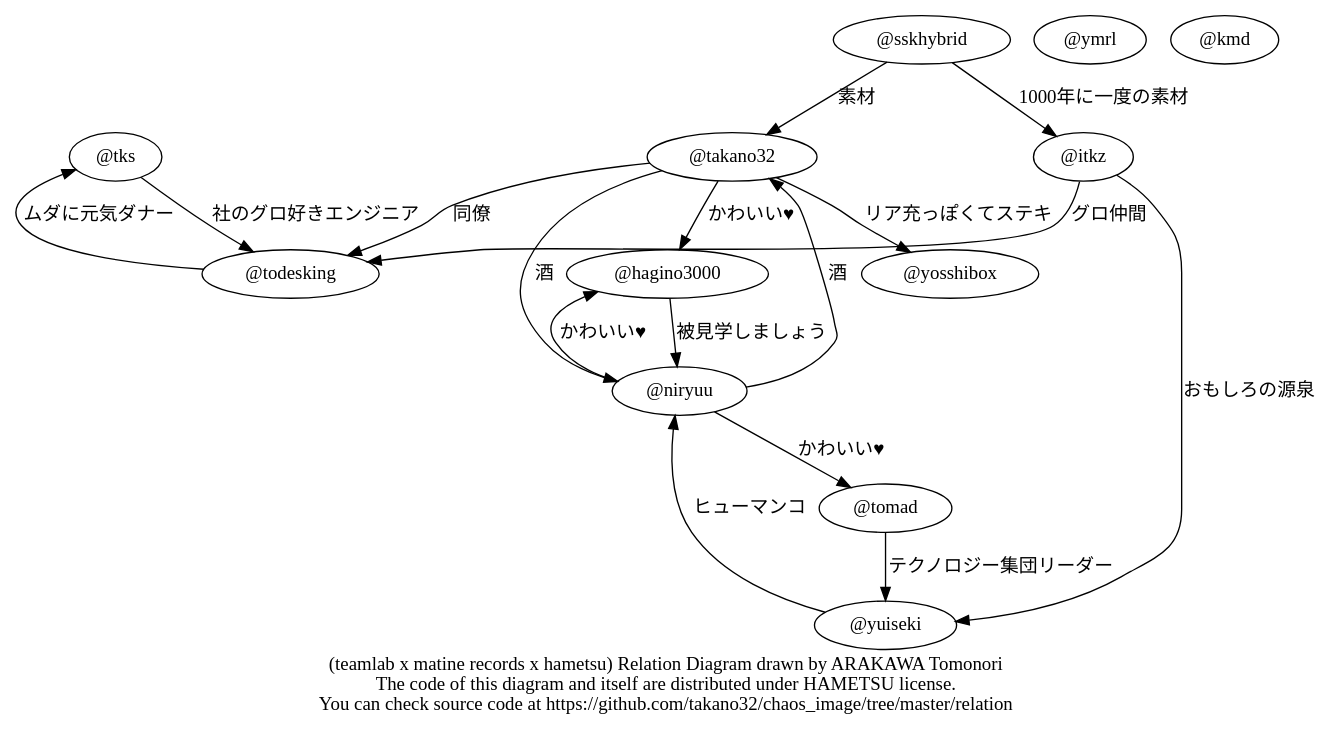
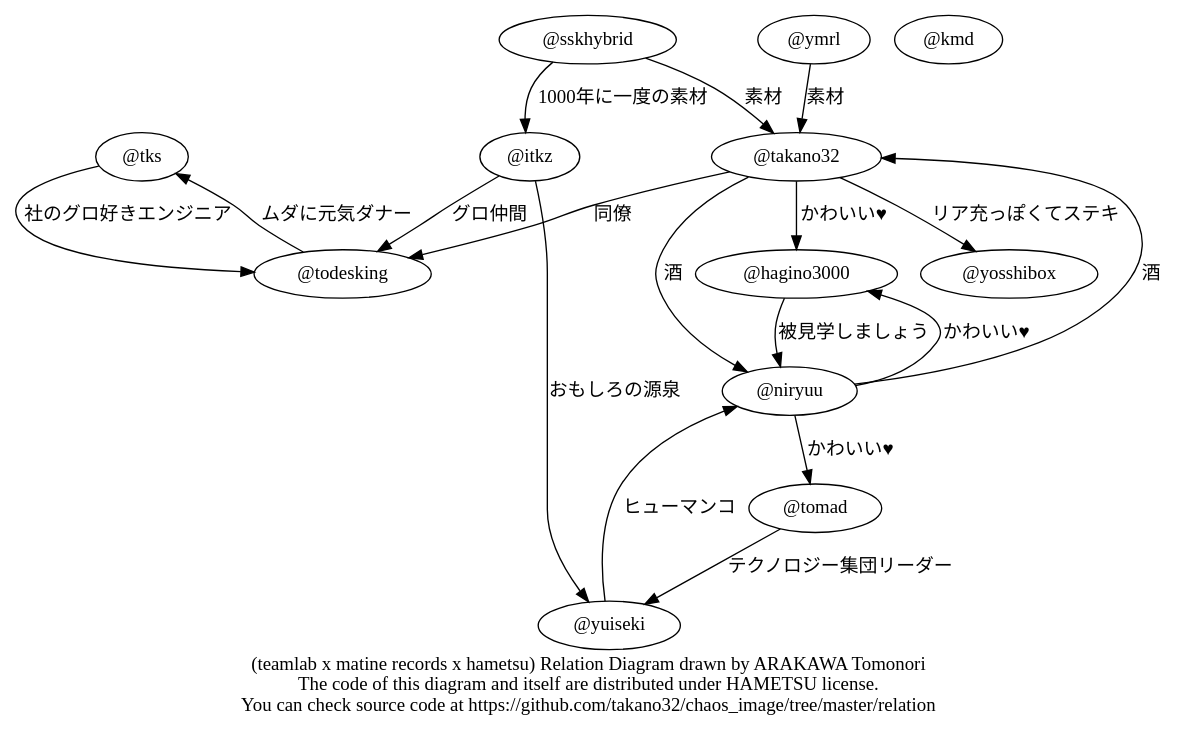
One commit to hametsu/chaos_image changed the diagram in relation/hameatsudo.dot. Above: the diagram before and after it, drawn with Graphviz.

```diff
--- a/relation/hameatsudo.dot
+++ b/relation/hameatsudo.dot
@@ -1,24 +1,24 @@
 digraph Hameatsudo {
   graph [concentrate = true];
   overlap=orthoxy;
   "@tks" -> "@todesking" [label = "社のグロ好きエンジニア"];
   "@takano32" -> "@todesking" [label = "同僚"];
   "@takano32" -> "@hagino3000" [label = "かわいい♥"];
   "@takano32" -> "@yosshibox" [label = "リア充っぽくてステキ"];
   "@todesking" -> "@tks" [label = "ムダに元気ダナー"];
   "@tomad" -> "@yuiseki" [label = "テクノロジー集団リーダー"];
   "@yosshibox"
   "@sskhybrid" -> "@itkz" [label = "1000年に一度の素材"];
   "@sskhybrid" -> "@takano32" [label = "素材"];
-  "@ymrl"
+  "@ymrl" -> "@takano32" [label = "素材"];
   "@niryuu" -> "@hagino3000" [label = "かわいい♥"];
   "@niryuu" -> "@tomad" [label = "かわいい♥"];
   "@niryuu" -> "@takano32" [label = "酒"];
   "@takano32" -> "@niryuu" [label = "酒"];
   "@itkz" -> "@todesking" [label = "グロ仲間"];
   "@itkz" -> "@yuiseki" [label = "おもしろの源泉"];
   "@yuiseki" -> "@niryuu" [label = "ヒューマンコ"];
   "@hagino3000" -> "@niryuu" [label = "被見学しましょう"];
   "@kmd"
   label = "(teamlab x matine records x hametsu) Relation Diagram drawn by ARAKAWA Tomonori\nThe code of this diagram and itself are distributed under HAMETSU license.\nYou can check source code at https://github.com/takano32/chaos_image/tree/master/relation";
 }
```
